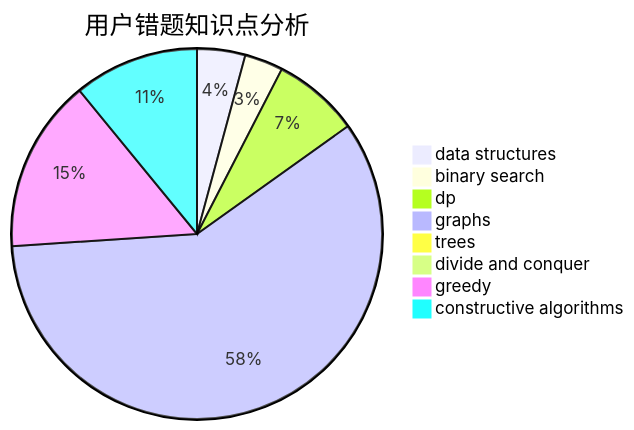
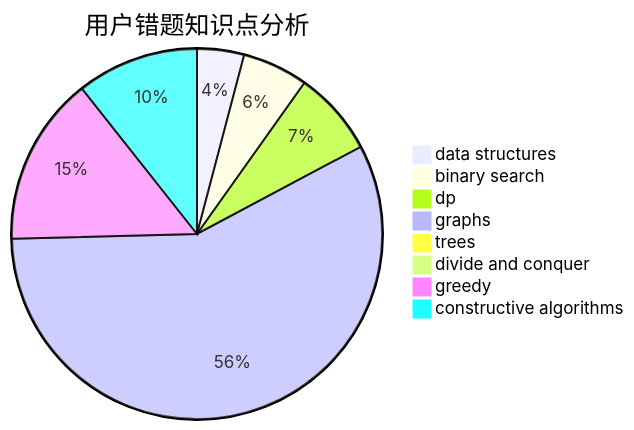
One commit to sherpahu/cfrs.github.io changed the third of 3 diagrams in docs/user/u663.md. Above: the diagram before and after it, drawn with Mermaid. The commit also changed other lines of this file and 2770 other files, not shown here.

````diff
--- a/docs/user/u663.md
+++ b/docs/user/u663.md
@@ -36,11 +36,11 @@
 ```mermaid
 pie title 用户错题知识点分析
     "data structures" :  5
-    "binary search" :  4
+    "binary search" :  7
     "dp" :  9
     "graphs" :  70
     "trees" :  1
     "divide and conquer" :  1
     "greedy" :  18
     "constructive algorithms" :  13
 ```
````
